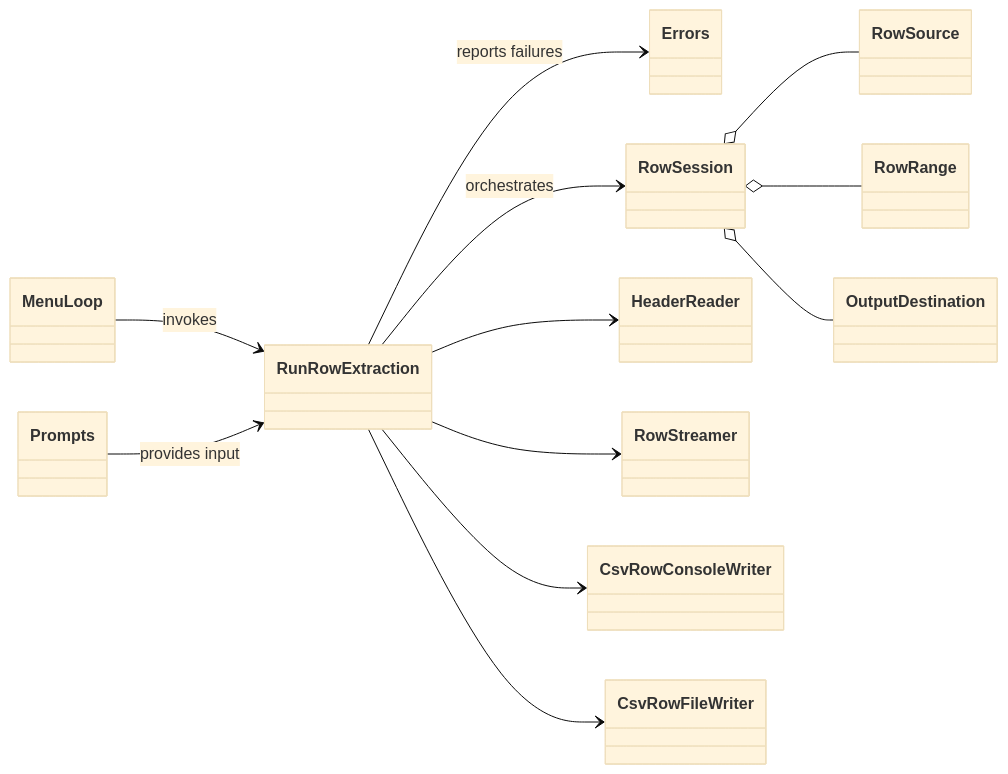
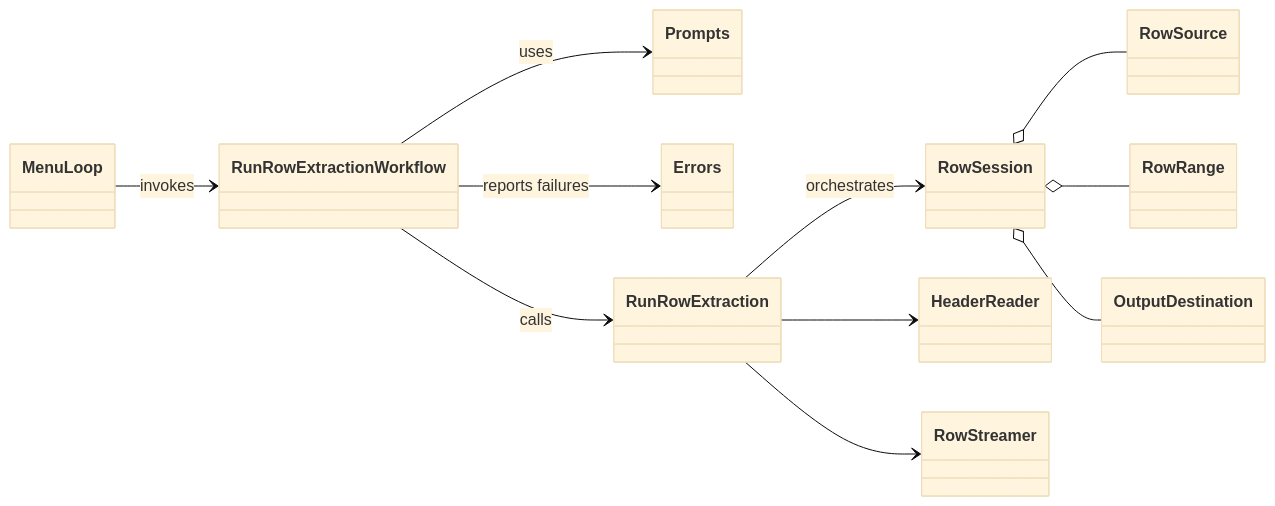
Before and after one commit to RobertAndrewHall/csvops: the second of 4 diagrams in docs/architecture.md, drawn with Mermaid (base theme). The commit also changed other lines of this file and 1 other file, not shown here.

Commit message:
Document standardized CLI workflow boundary across domains

````diff
--- a/docs/architecture.md
+++ b/docs/architecture.md
@@ -110,28 +121,25 @@
 ```mermaid
 classDiagram
   direction LR
   class MenuLoop
+  class RunRowExtractionWorkflow
   class Prompts
   class Errors
   class RunRowExtraction
   class RowSession
   class RowSource
   class RowRange
   class OutputDestination
   class HeaderReader
   class RowStreamer
-  class CsvRowConsoleWriter
-  class CsvRowFileWriter
-
-  MenuLoop --> RunRowExtraction : invokes
-  Prompts --> RunRowExtraction : provides input
-  RunRowExtraction --> Errors : reports failures
+  MenuLoop --> RunRowExtractionWorkflow : invokes
+  RunRowExtractionWorkflow --> Prompts : uses
+  RunRowExtractionWorkflow --> Errors : reports failures
+  RunRowExtractionWorkflow --> RunRowExtraction : calls
   RunRowExtraction --> RowSession : orchestrates
   RowSession o-- RowSource
   RowSession o-- RowRange
   RowSession o-- OutputDestination
   RunRowExtraction --> HeaderReader
   RunRowExtraction --> RowStreamer
-  RunRowExtraction --> CsvRowConsoleWriter
-  RunRowExtraction --> CsvRowFileWriter
 ```
````
